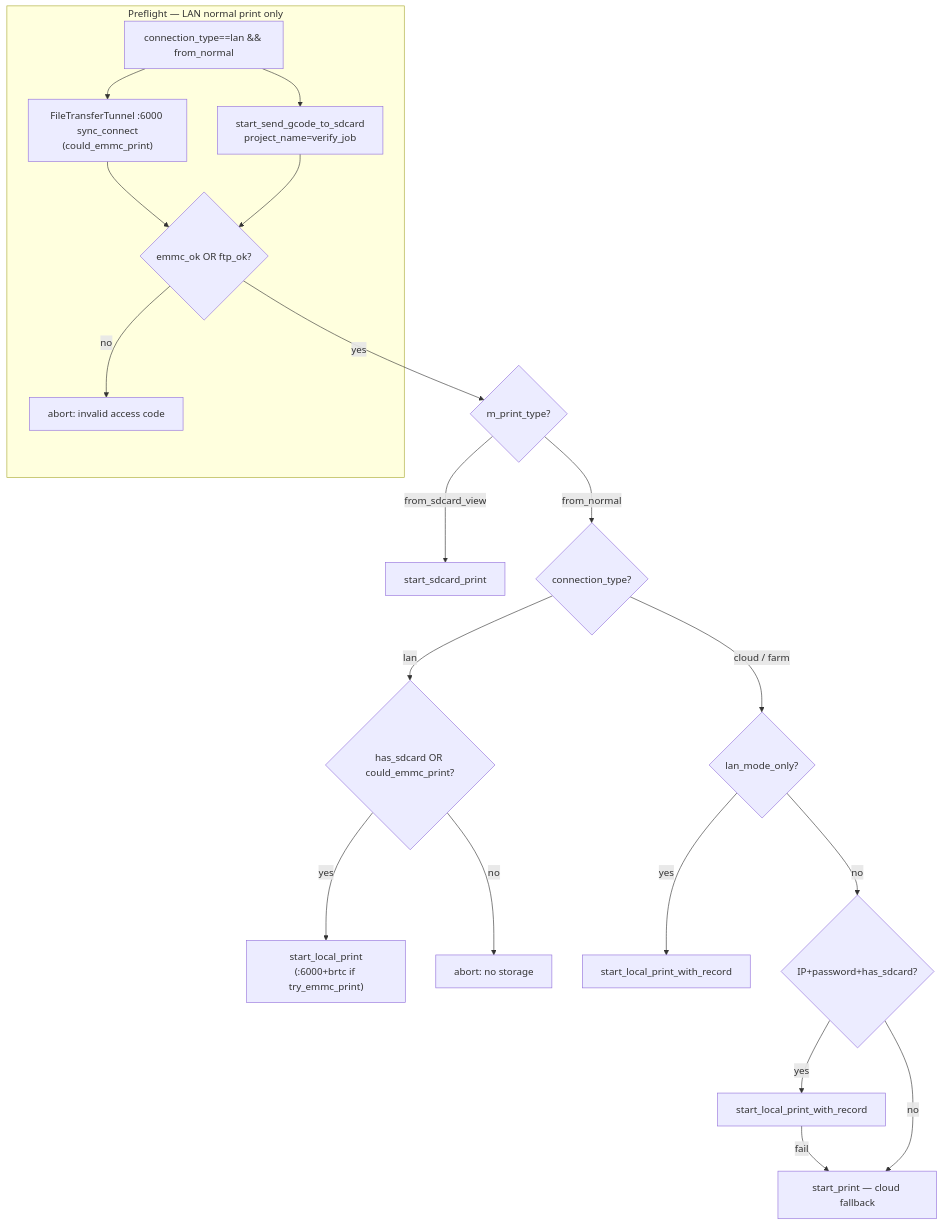
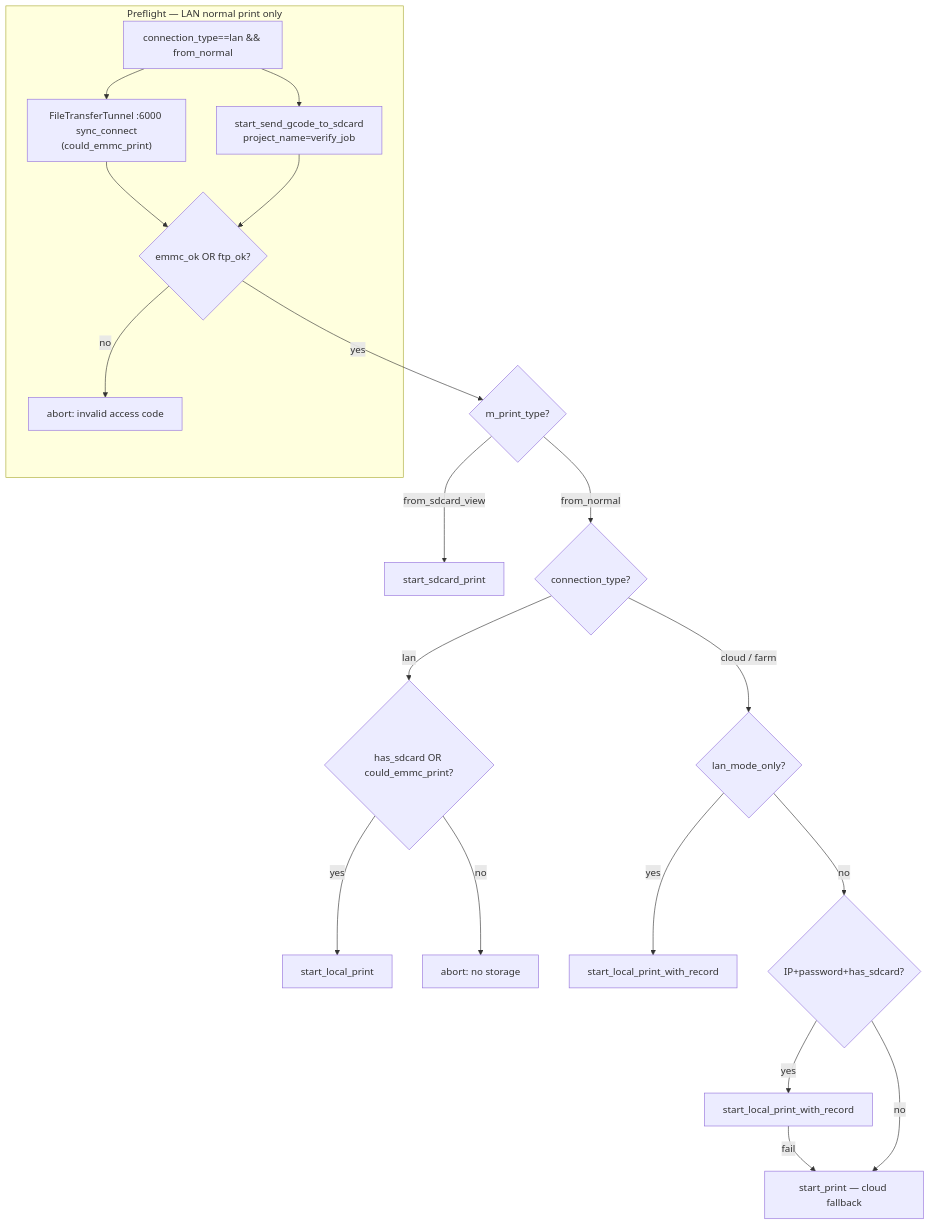
One commit to danielwoz/open-bamboo-networking changed the third of 3 diagrams in NETWORK_PLUGIN.md. Above: the diagram before and after it, drawn with Mermaid. The commit also changed other lines of this file and 6 other files, not shown here.

````diff
--- a/NETWORK_PLUGIN.md
+++ b/NETWORK_PLUGIN.md
@@ -1210,22 +1210,22 @@
 ```mermaid
 flowchart TD
   subgraph pre [Preflight — LAN normal print only]
     A["connection_type==lan && from_normal"] --> B["FileTransferTunnel :6000 sync_connect\n(could_emmc_print)"]
     A --> C["start_send_gcode_to_sdcard\nproject_name=verify_job"]
     B --> D{emmc_ok OR ftp_ok?}
     C --> D
     D -->|no| E["abort: invalid access code"]
   end
   D -->|yes| F{m_print_type?}
   F -->|from_sdcard_view| G["start_sdcard_print"]
   F -->|from_normal| H{connection_type?}
   H -->|lan| I{has_sdcard OR could_emmc_print?}
-  I -->|yes| J["start_local_print\n(:6000+brtc if try_emmc_print)"]
+  I -->|yes| J["start_local_print"]
   I -->|no| K["abort: no storage"]
   H -->|cloud / farm| L{lan_mode_only?}
   L -->|yes| M["start_local_print_with_record"]
   L -->|no| N{IP+password+has_sdcard?}
   N -->|yes| O["start_local_print_with_record"]
   O -->|fail| P["start_print — cloud fallback"]
   N -->|no| P
 ```
````
